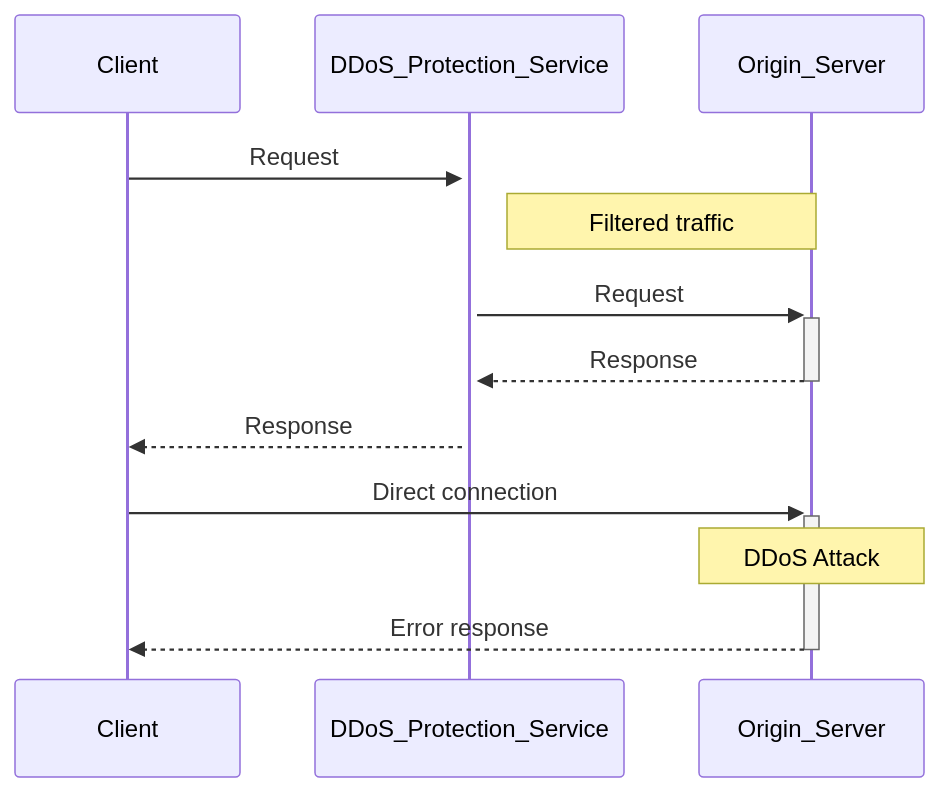
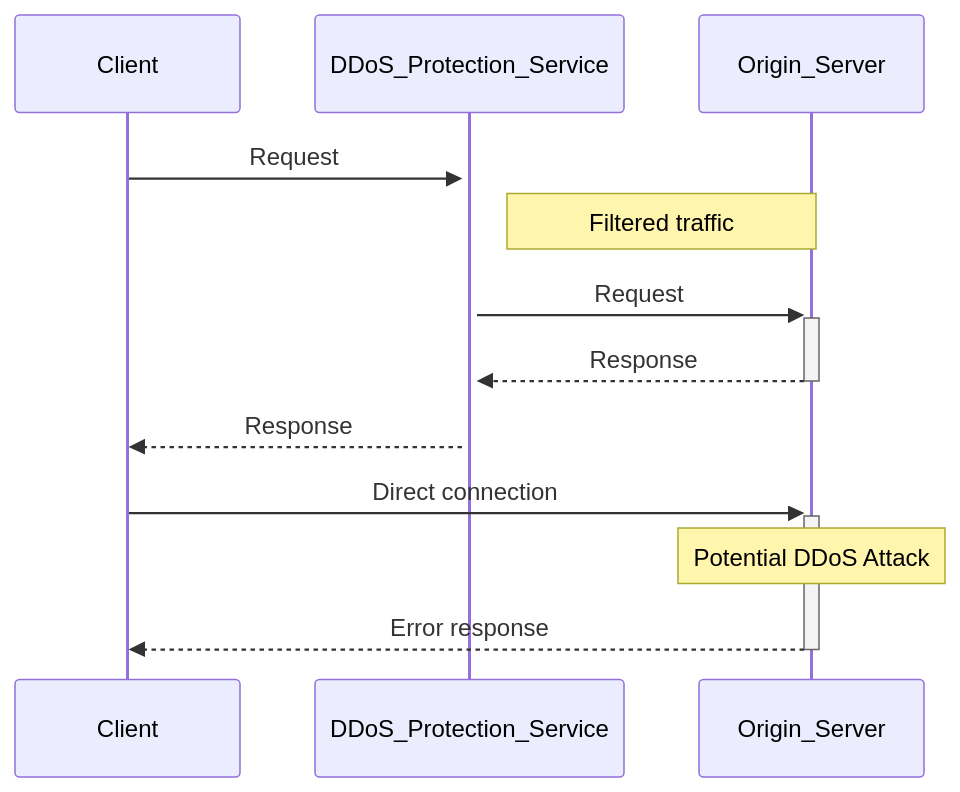
Before and after one commit to cloudflare/cloudflare-docs: the fourth of 4 diagrams in content/learning-paths/modules/security/ddos-concepts/ddos-prevention.md, drawn with Mermaid. The commit also changed 1 other file, not shown here.

Commit message:
finished Pedro's changes

````diff
--- a/content/learning-paths/modules/security/ddos-concepts/ddos-prevention.md
+++ b/content/learning-paths/modules/security/ddos-concepts/ddos-prevention.md
@@ -65,16 +65,16 @@
 ```mermaid
 sequenceDiagram
   participant Client
   participant DDoS_Protection_Service
   participant Origin_Server
   
   Client->>+DDoS_Protection_Service: Request
   Note right of DDoS_Protection_Service: Filtered traffic
   DDoS_Protection_Service->>+Origin_Server: Request
   Origin_Server-->>-DDoS_Protection_Service: Response
   DDoS_Protection_Service-->>Client: Response
   
   Client->>+Origin_Server: Direct connection
-  Note over Origin_Server: DDoS Attack
+  Note over Origin_Server: Potential DDoS Attack
   Origin_Server-->>-Client: Error response
 ```
````
